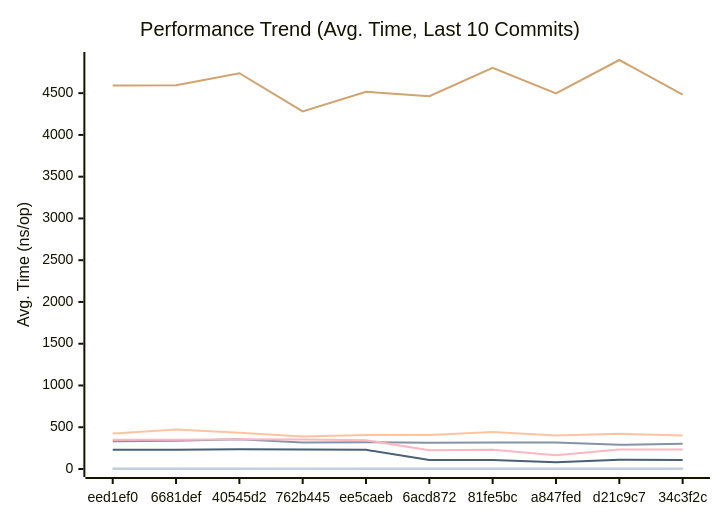
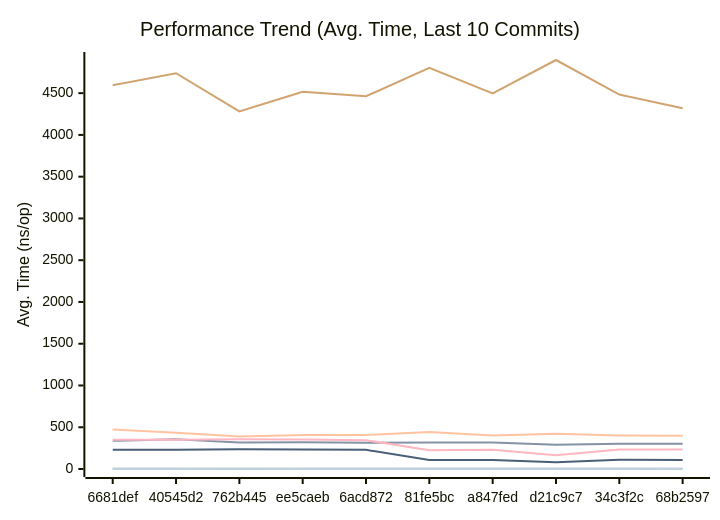
The first of 3 diagrams in docs/PERFORMANCE.md (alsotoes/momo), drawn with Mermaid before and after one commit. The commit also changed other lines of this file and 2 other files, not shown here.

````diff
--- a/docs/PERFORMANCE.md
+++ b/docs/PERFORMANCE.md
@@ -80,16 +80,16 @@
 ```mermaid
 xychart-beta
     title "Performance Trend (Avg. Time, Last 10 Commits)"
     x-axis "Commit"
     y-axis "Avg. Time (ns/op)"
-    x-axis [eed1ef0,6681def,40545d2,762b445,ee5caeb,6acd872,81fe5bc,a847fed,d21c9c7,34c3f2c]
-    line "CheckMetricsAndSwap" [9,10,9,7,8,8,9,8,9,9]
-    line "CrushOptimized" [332,337,356,316,320,315,318,317,290,301]
-    line "CrushOriginal" [425,474,434,388,406,408,443,400,422,402]
+    x-axis [6681def,40545d2,762b445,ee5caeb,6acd872,81fe5bc,a847fed,d21c9c7,34c3f2c,68b2597]
+    line "CheckMetricsAndSwap" [10,9,7,8,8,9,8,9,9,8]
+    line "CrushOptimized" [337,356,316,320,315,318,317,290,301,303]
+    line "CrushOriginal" [474,434,388,406,408,443,400,422,402,399]
     line "IndexDirectTracking" [0,0,0,0,0,0,0,0,0,0]
-    line "IndexSearch" [2,2,2,2,2,2,2,2,2,2]
-    line "LoadGlobalConfig" [4592,4595,4739,4281,4517,4463,4804,4497,4897,4483]
+    line "IndexSearch" [2,2,2,2,2,2,2,2,2,1]
+    line "LoadGlobalConfig" [4595,4739,4281,4517,4463,4804,4497,4897,4483,4320]
     line "PadString" [2,2,2,2,2,2,2,2,2,2]
     line "ParseReplicationOrder_NoPrealloc" [350,349,357,354,345,225,229,165,232,234]
     line "ParseReplicationOrder_Prealloc" [229,231,237,234,229,108,107,80,110,109]
 ```
````
